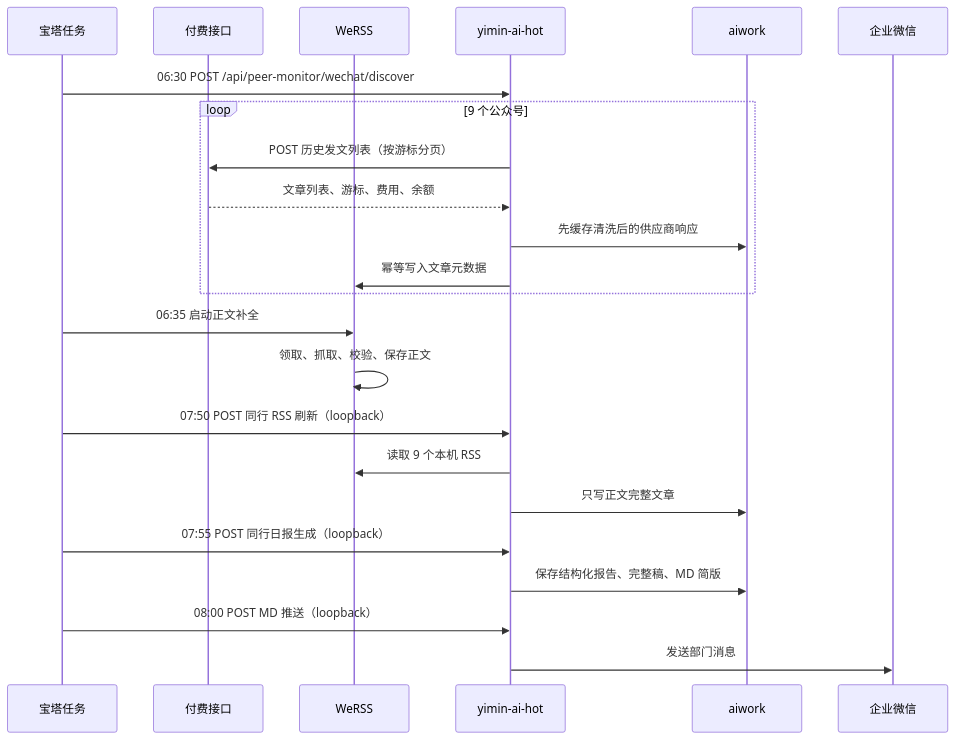
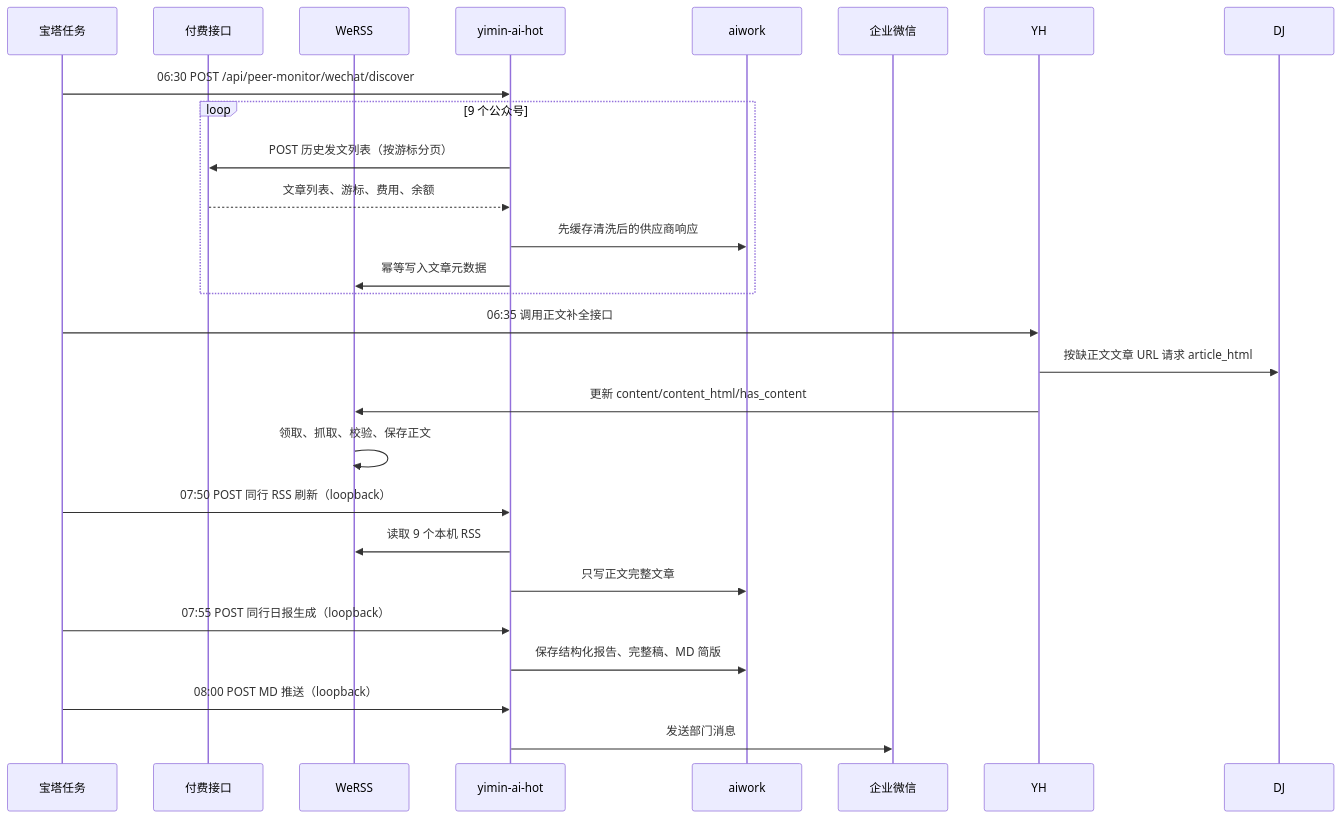
The second of 2 diagrams in docs/business-logic/flows/peer-daily-report.md (bhaiq/yimin_ai_hot), drawn with Mermaid before and after one commit. The commit also changed other lines of this file and 6 other files, not shown here.

````diff
--- a/docs/business-logic/flows/peer-daily-report.md
+++ b/docs/business-logic/flows/peer-daily-report.md
@@ -203,26 +203,28 @@
 ```mermaid
 sequenceDiagram
     participant BT as 宝塔任务
     participant VP as 付费接口
     participant WR as WeRSS
     participant YA as yimin-ai-hot
     participant DB as aiwork
     participant WX as 企业微信
 
     BT->>YA: 06:30 POST /api/peer-monitor/wechat/discover
     loop 9 个公众号
         YA->>VP: POST 历史发文列表（按游标分页）
         VP-->>YA: 文章列表、游标、费用、余额
         YA->>DB: 先缓存清洗后的供应商响应
         YA->>WR: 幂等写入文章元数据
     end
-    BT->>WR: 06:35 启动正文补全
+    BT->>YH: 06:35 调用正文补全接口
+    YH->>DJ: 按缺正文文章 URL 请求 article_html
+    YH->>WR: 更新 content/content_html/has_content
     WR->>WR: 领取、抓取、校验、保存正文
     BT->>YA: 07:50 POST 同行 RSS 刷新（loopback）
     YA->>WR: 读取 9 个本机 RSS
     YA->>DB: 只写正文完整文章
     BT->>YA: 07:55 POST 同行日报生成（loopback）
     YA->>DB: 保存结构化报告、完整稿、MD 简版
     BT->>YA: 08:00 POST MD 推送（loopback）
     YA->>WX: 发送部门消息
 ```
````
